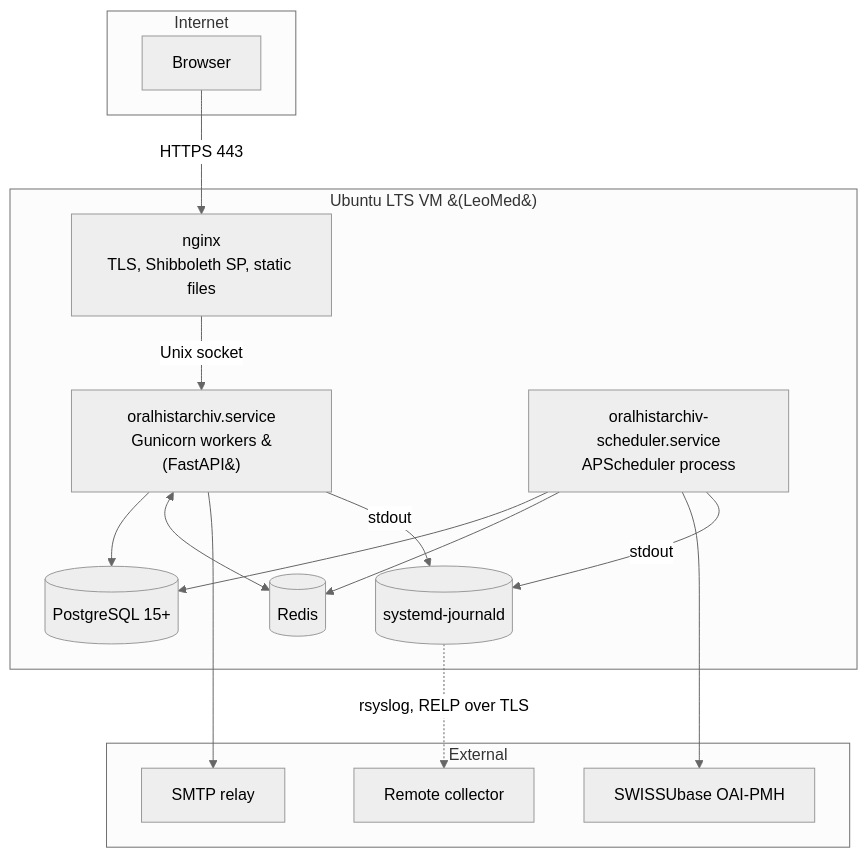
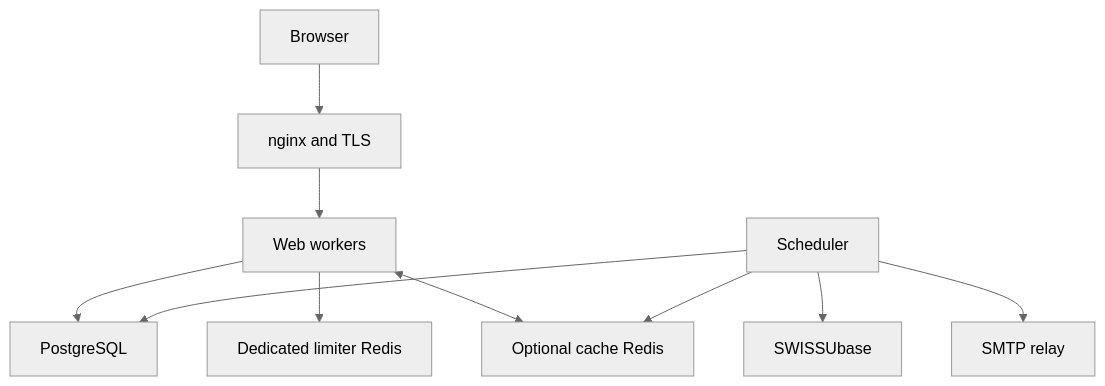
One commit to CFutter/sec_hum_oralhistarchiv_web_app changed the diagram in docs/configuration/deployment.md. Above: the diagram before and after it, drawn with Mermaid (neutral theme). The commit also changed other lines of this file and 393 other files, not shown here.

````diff
--- a/docs/configuration/deployment.md
+++ b/docs/configuration/deployment.md
@@ -19,33 +15,12 @@
 ```mermaid
-flowchart TB
-    subgraph Internet
-        client[Browser]
-    end
-
-    subgraph VM[Ubuntu LTS VM &#40;LeoMed&#41;]
-        nginx[nginx<br/>TLS, Shibboleth SP, static files]
-        gunicorn[oralhistarchiv.service<br/>Gunicorn workers &#40;FastAPI&#41;]
-        scheduler[oralhistarchiv-scheduler.service<br/>APScheduler process]
-        pg[(PostgreSQL 15+)]
-        redis[(Redis)]
-        journal[(systemd-journald)]
-    end
-
-    subgraph External
-        swiss[SWISSUbase OAI-PMH]
-        smtp[SMTP relay]
-        syslog[Remote collector]
-    end
-
-    client -->|HTTPS 443| nginx
-    nginx -->|Unix socket| gunicorn
-    gunicorn --> pg
-    scheduler --> pg
-    gunicorn <--> redis
-    scheduler --> redis
-    scheduler --> swiss
-    gunicorn --> smtp
-    gunicorn -->|stdout| journal
-    scheduler -->|stdout| journal
-    journal -.->|rsyslog, RELP over TLS| syslog
+flowchart TD
+    browser[Browser] --> nginx[nginx and TLS]
+    nginx --> web[Web workers]
+    web --> db[PostgreSQL]
+    web --> limiter[Dedicated limiter Redis]
+    web <--> cache[Optional cache Redis]
+    scheduler[Scheduler] --> db
+    scheduler --> cache
+    scheduler --> source[SWISSUbase]
+    scheduler --> smtp[SMTP relay]
 ```
````
